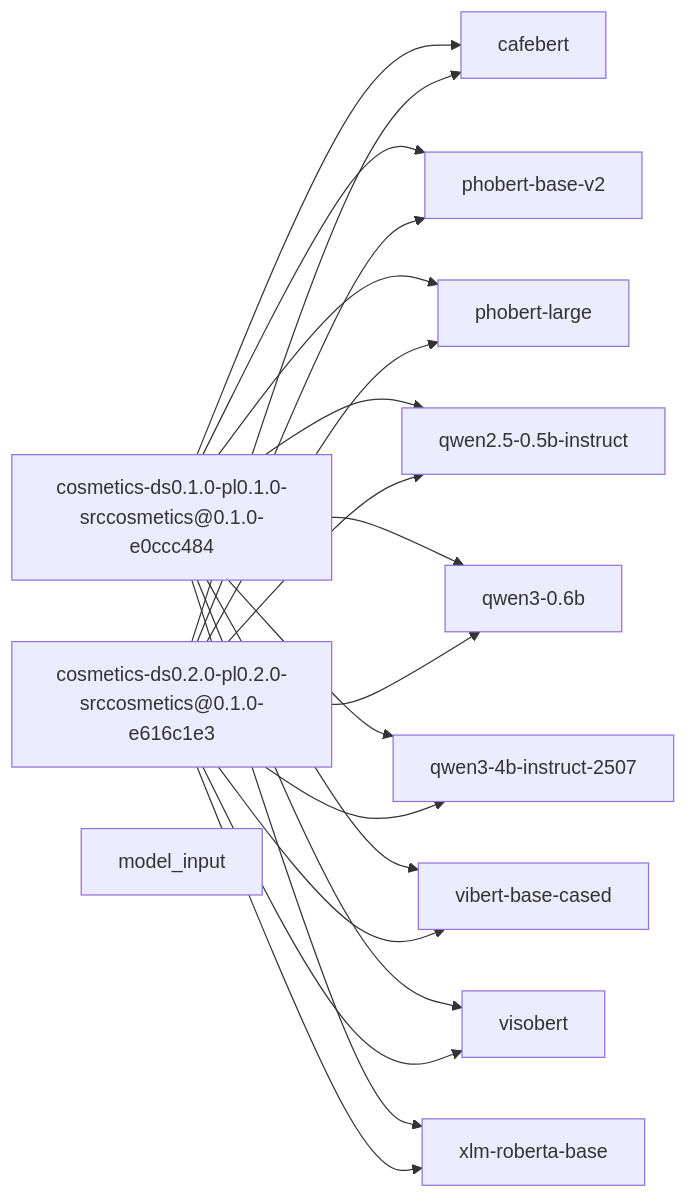
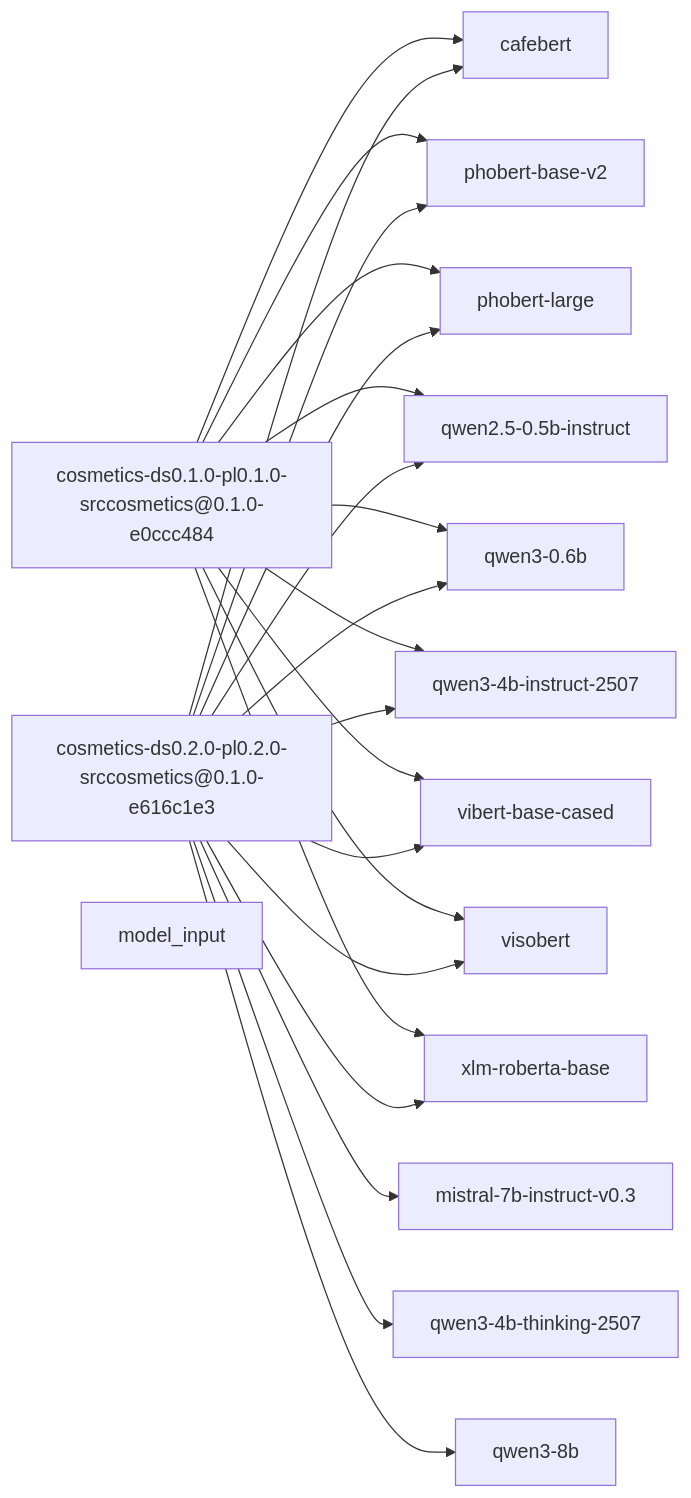
Before and after one commit to TrieuKhac-dev/SentimentX: the diagram in data/reports/model_input/model_input.md, drawn with Mermaid. The commit also changed 15 other files, not shown here.

````diff
--- a/data/reports/model_input/model_input.md
+++ b/data/reports/model_input/model_input.md
@@ -3,33 +3,39 @@
 ```mermaid
 graph LR
   n1["cosmetics-ds0.1.0-pl0.1.0-srccosmetics@0.1.0-e0ccc484"]
   n2["cafebert"]
   n3["phobert-base-v2"]
   n4["phobert-large"]
   n5["qwen2.5-0.5b-instruct"]
   n6["qwen3-0.6b"]
   n7["qwen3-4b-instruct-2507"]
   n8["vibert-base-cased"]
   n9["visobert"]
   n10["xlm-roberta-base"]
   n11["cosmetics-ds0.2.0-pl0.2.0-srccosmetics@0.1.0-e616c1e3"]
-  n12["model_input"]
+  n12["mistral-7b-instruct-v0.3"]
+  n13["qwen3-4b-thinking-2507"]
+  n14["qwen3-8b"]
+  n15["model_input"]
   n1 --> n2
   n1 --> n3
   n1 --> n4
   n1 --> n5
   n1 --> n6
   n1 --> n7
   n1 --> n8
   n1 --> n9
   n1 --> n10
   n11 --> n2
+  n11 --> n12
   n11 --> n3
   n11 --> n4
   n11 --> n5
   n11 --> n6
   n11 --> n7
+  n11 --> n13
+  n11 --> n14
   n11 --> n8
   n11 --> n9
   n11 --> n10
 ```
````
